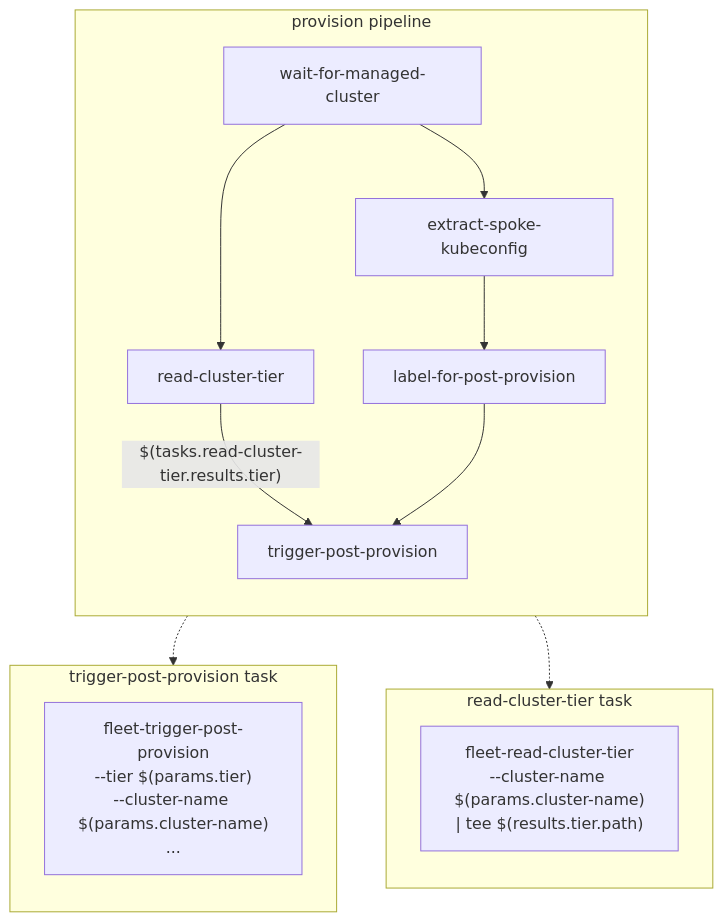
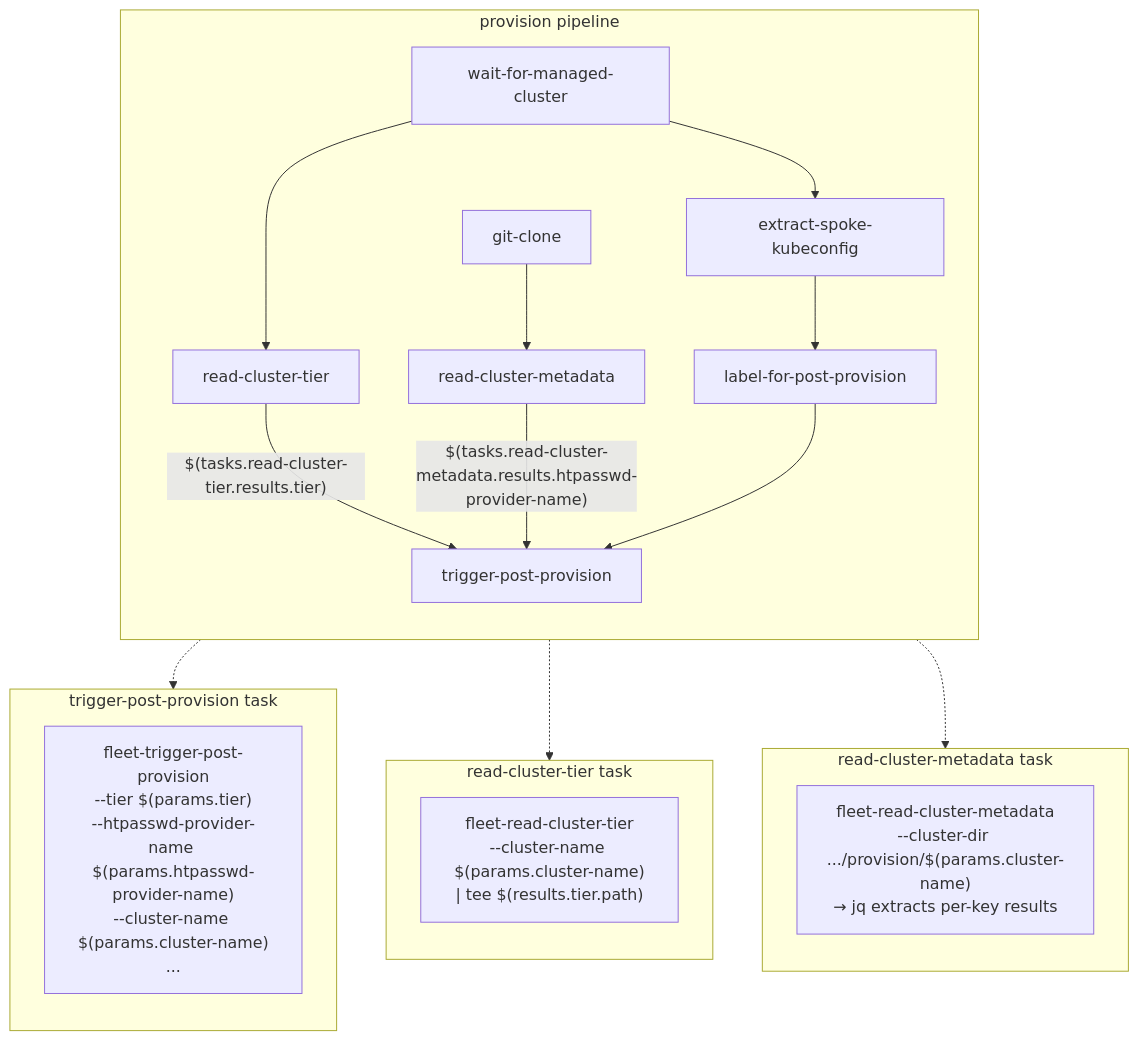
The second of 4 diagrams in docs/parameter-threading.md (redhat-openshift-partner-labs/fleet), drawn with Mermaid before and after one commit. The commit also changed other lines of this file and 16 other files, not shown here.

````diff
--- a/docs/parameter-threading.md
+++ b/docs/parameter-threading.md
@@ -63,30 +63,40 @@
 ```mermaid
 flowchart TD
     subgraph "provision pipeline"
         direction TB
+        GC[git-clone]
+        RCM[read-cluster-metadata]
         WMC[wait-for-managed-cluster]
         RCT[read-cluster-tier]
         ESK[extract-spoke-kubeconfig]
         LPP[label-for-post-provision]
         TPP[trigger-post-provision]
 
+        GC --> RCM
         WMC --> RCT
         WMC --> ESK
         ESK --> LPP
         RCT -->|"$(tasks.read-cluster-tier.results.tier)"| TPP
+        RCM -->|"$(tasks.read-cluster-metadata.results.htpasswd-provider-name)"| TPP
         LPP --> TPP
+    end
+
+    subgraph "read-cluster-metadata task"
+        direction TB
+        RCM_script["fleet-read-cluster-metadata<br/>--cluster-dir .../provision/$(params.cluster-name)<br/>→ jq extracts per-key results"]
     end
 
     subgraph "read-cluster-tier task"
         direction TB
         RT_script["fleet-read-cluster-tier<br/>--cluster-name $(params.cluster-name)<br/>| tee $(results.tier.path)"]
     end
 
     subgraph "trigger-post-provision task"
         direction TB
-        TPP_script["fleet-trigger-post-provision<br/>--tier $(params.tier)<br/>--cluster-name $(params.cluster-name)<br/>..."]
+        TPP_script["fleet-trigger-post-provision<br/>--tier $(params.tier)<br/>--htpasswd-provider-name $(params.htpasswd-provider-name)<br/>--cluster-name $(params.cluster-name)<br/>..."]
     end
 
+    RCM -.-> RCM_script
     RCT -.-> RT_script
     TPP -.-> TPP_script
 ```
````
